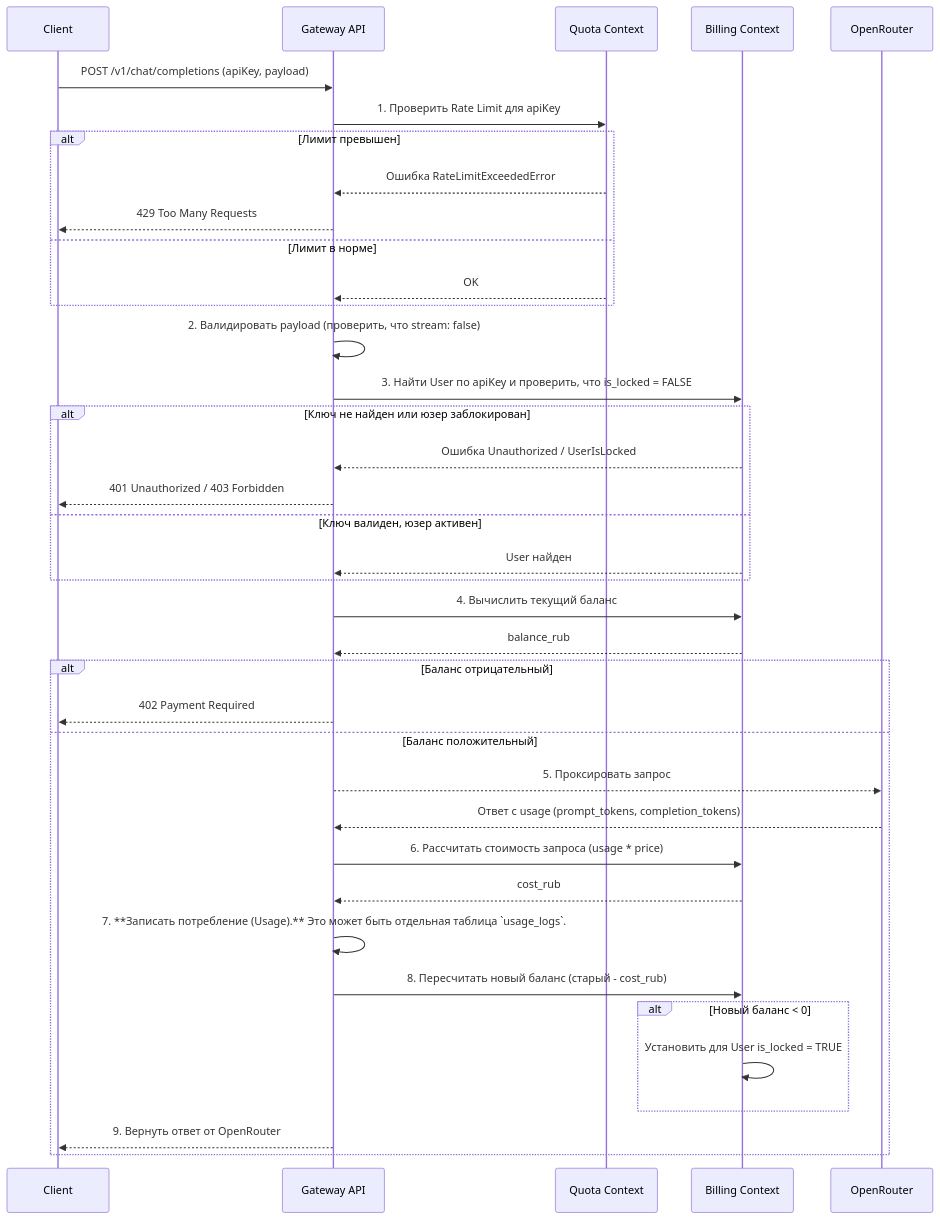
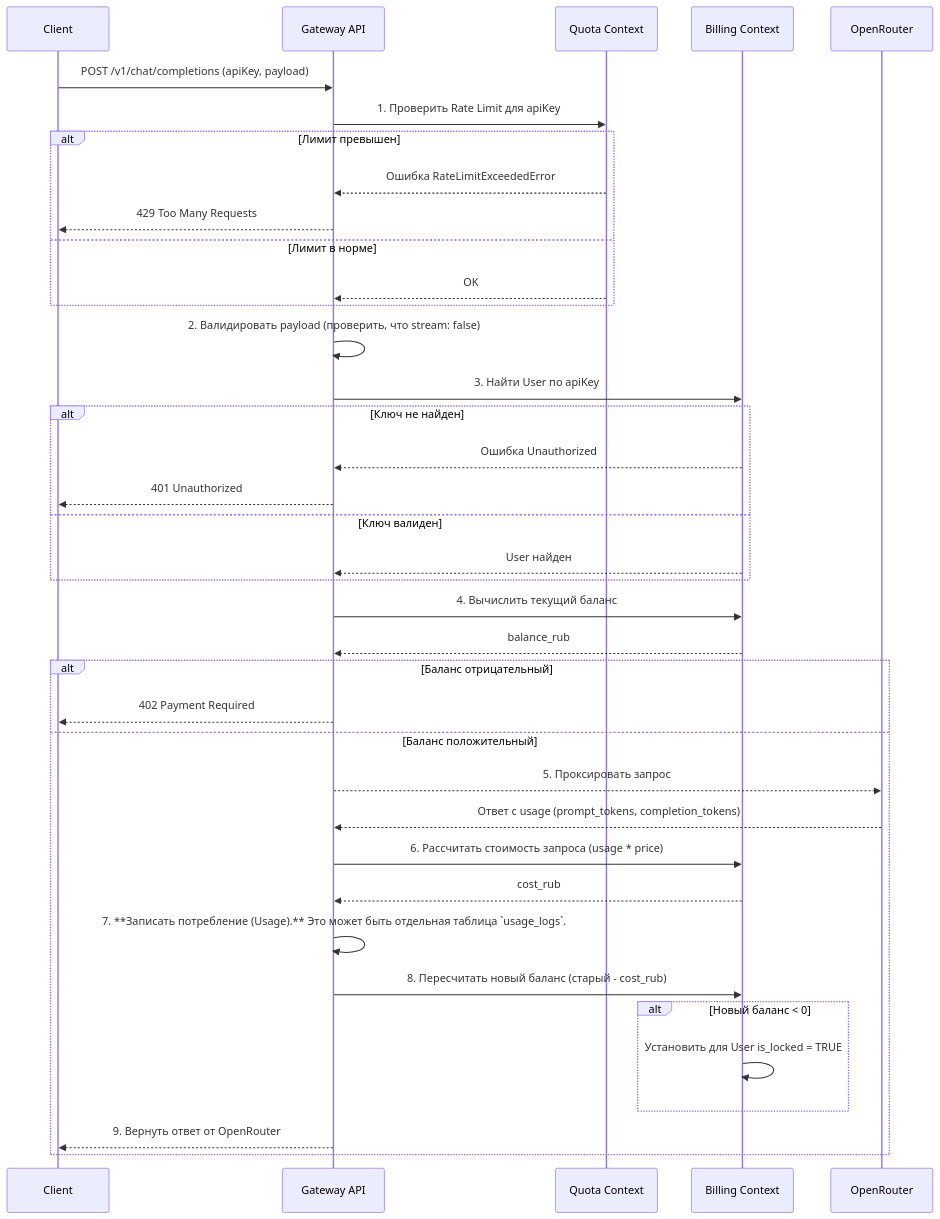
One commit to jefo/llmrouter changed the diagram in docs/4_Flows.md. Above: the diagram before and after it, drawn with Mermaid. The commit also changed 27 other files, not shown here.

````diff
--- a/docs/4_Flows.md
+++ b/docs/4_Flows.md
@@ -7,41 +7,41 @@
 ```mermaid
 sequenceDiagram
     participant C as Client
     participant GW as Gateway API
     participant Quota as Quota Context
     participant Billing as Billing Context
     participant OR as OpenRouter
 
     C->>GW: POST /v1/chat/completions (apiKey, payload)
     GW->>Quota: 1. Проверить Rate Limit для apiKey
     alt Лимит превышен
         Quota-->>GW: Ошибка RateLimitExceededError
         GW-->>C: 429 Too Many Requests
     else Лимит в норме
         Quota-->>GW: OK
     end
     GW->>GW: 2. Валидировать payload (проверить, что stream: false)
-    GW->>Billing: 3. Найти User по apiKey и проверить, что is_locked = FALSE
-    alt Ключ не найден или юзер заблокирован
-        Billing-->>GW: Ошибка Unauthorized / UserIsLocked
-        GW-->>C: 401 Unauthorized / 403 Forbidden
-    else Ключ валиден, юзер активен
+    GW->>Billing: 3. Найти User по apiKey
+    alt Ключ не найден
+        Billing-->>GW: Ошибка Unauthorized
+        GW-->>C: 401 Unauthorized
+    else Ключ валиден
         Billing-->>GW: User найден
     end
     GW->>Billing: 4. Вычислить текущий баланс
     Billing-->>GW: balance_rub
     alt Баланс отрицательный
         GW-->>C: 402 Payment Required
     else Баланс положительный
         GW-->>OR: 5. Проксировать запрос
         OR-->>GW: Ответ с usage (prompt_tokens, completion_tokens)
         GW->>Billing: 6. Рассчитать стоимость запроса (usage * price)
         Billing-->>GW: cost_rub
         GW->>GW: 7. **Записать потребление (Usage).** Это может быть отдельная таблица `usage_logs`.
         GW->>Billing: 8. Пересчитать новый баланс (старый - cost_rub)
         alt Новый баланс < 0
             Billing->>Billing: Установить для User is_locked = TRUE
         end
         GW-->>C: 9. Вернуть ответ от OpenRouter
     end
 ```
````
